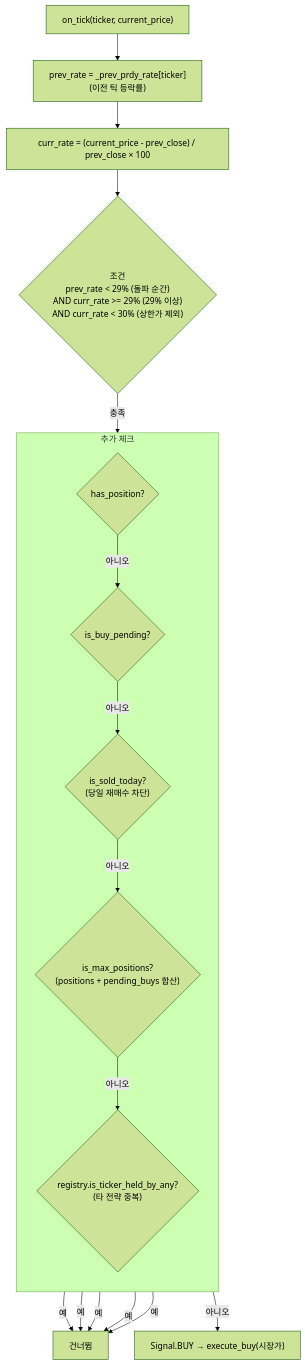
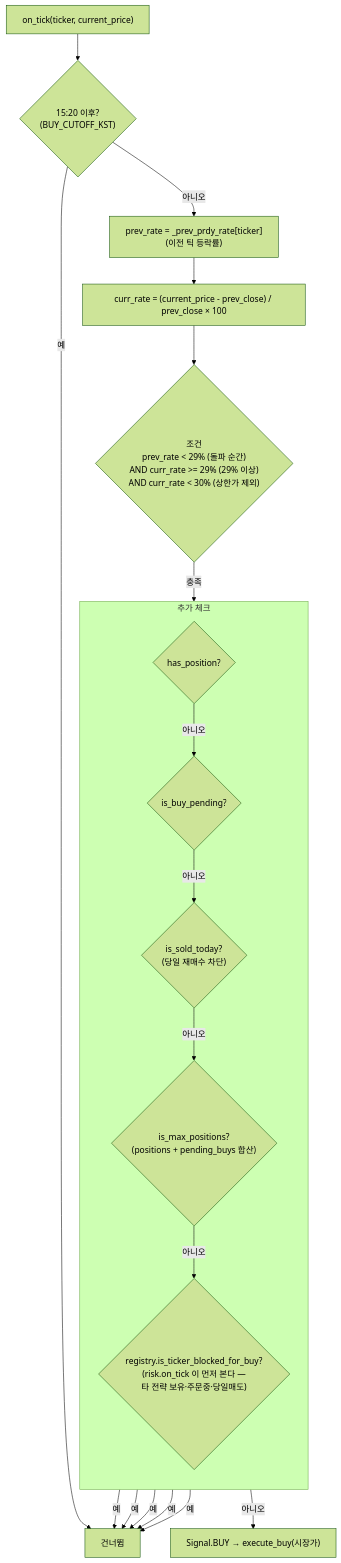
Before and after one commit to canduk910/auto_stock: the tenth of 25 diagrams in docs/architecture.md, drawn with Mermaid (forest theme). The commit also changed other lines of this file and 4 other files, not shown here.

First line of the commit message:
docs: architecture.md 를 7전략 전체로 확대(§4 엔진 그림·멤버 표, §8 매수 신호 흐름 8.3~8.7) + Mermaid 때 찾은 불일치 정리(컨테이너 3개·배포 모드·README kojiro·깨진 앵커) + param_drift.py 모듈 맵 + cycle363 행 정정 부기

````diff
--- a/docs/architecture.md
+++ b/docs/architecture.md
@@ -457,21 +529,23 @@
 ```mermaid
 %%{init: {"flowchart": {"wrappingWidth": 360}}}%%
 flowchart TD
-    T["on_tick(ticker, current_price)"] --> PR["prev_rate = _prev_prdy_rate[ticker]<br/>(이전 틱 등락률)"]
+    T["on_tick(ticker, current_price)"] --> CUT{"15:20 이후?<br/>(BUY_CUTOFF_KST)"}
+    CUT -->|"아니오"| PR["prev_rate = _prev_prdy_rate[ticker]<br/>(이전 틱 등락률)"]
+    CUT -->|"예"| SKIP
     PR --> CR["curr_rate = (current_price - prev_close) / prev_close × 100"]
     CR --> C{"조건<br/>prev_rate #60; 29% (돌파 순간)<br/>AND curr_rate #62;= 29% (29% 이상)<br/>AND curr_rate #60; 30% (상한가 제외)"}
     C -->|"충족"| E1
     subgraph CHK["추가 체크"]
         direction TB
         E1{"has_position?"} -->|"아니오"| E2{"is_buy_pending?"}
         E2 -->|"아니오"| E3{"is_sold_today?<br/>(당일 재매수 차단)"}
         E3 -->|"아니오"| E4{"is_max_positions?<br/>(positions + pending_buys 합산)"}
-        E4 -->|"아니오"| E5{"registry.is_ticker_held_by_any?<br/>(타 전략 중복)"}
+        E4 -->|"아니오"| E5{"registry.is_ticker_blocked_for_buy?<br/>(risk.on_tick 이 먼저 본다 —<br/>타 전략 보유·주문중·당일매도)"}
     end
     E1 -->|"예"| SKIP["건너뜀"]
     E2 -->|"예"| SKIP
     E3 -->|"예"| SKIP
     E4 -->|"예"| SKIP
     E5 -->|"예"| SKIP
     E5 -->|"아니오"| BUY["Signal.BUY → execute_buy(시장가)"]
 ```
````
